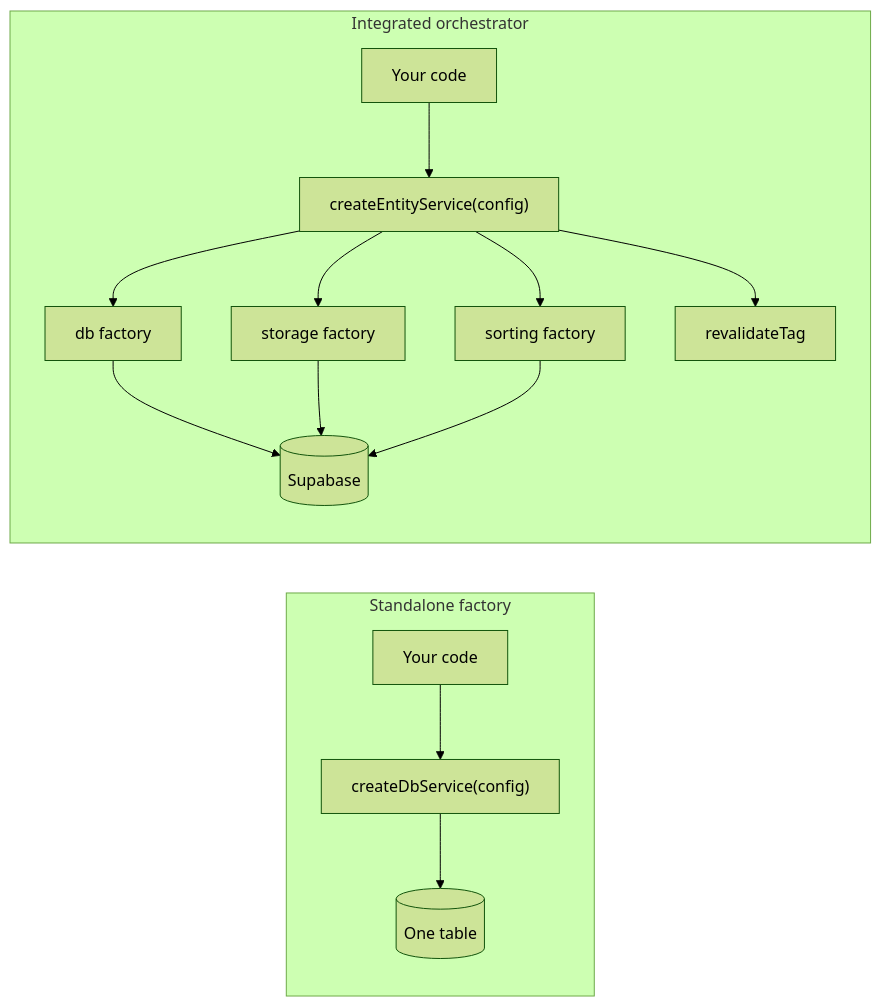
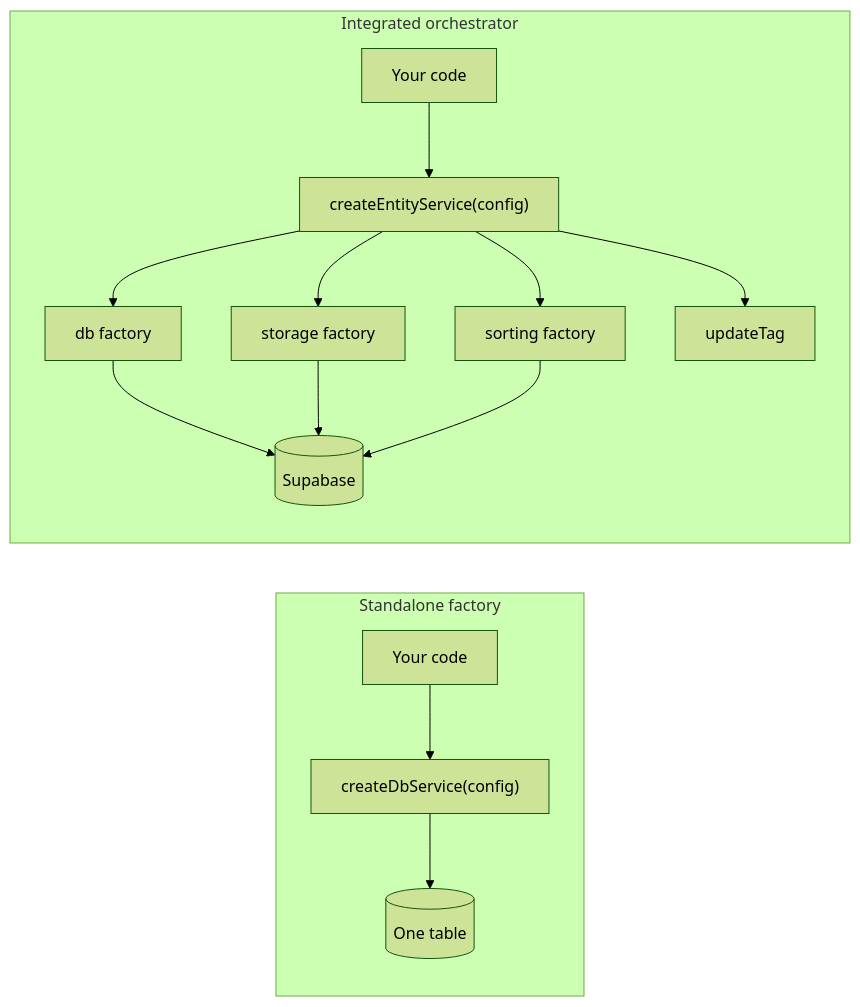
The second of 2 diagrams in README.md (Omar-Ra7al/supabase-backend-orchestrator), drawn with Mermaid (forest theme) before and after one commit. The commit also changed other lines of this file and 14 other files, not shown here.

````diff
--- a/README.md
+++ b/README.md
@@ -283,17 +284,17 @@
 ```mermaid
 flowchart LR
   subgraph standalone [Standalone factory]
     Dev1[Your code] --> Db1["createDbService(config)"]
     Db1 --> Table[("One table")]
   end
   subgraph integrated [Integrated orchestrator]
     Dev2[Your code] --> Orch["createEntityService(config)"]
     Orch --> DbF[db factory]
     Orch --> StoreF[storage factory]
     Orch --> SortF[sorting factory]
-    Orch --> CacheF["revalidateTag"]
+    Orch --> CacheF["updateTag"]
     DbF --> Supa[("Supabase")]
     StoreF --> Supa
     SortF --> Supa
   end
 ```
````
